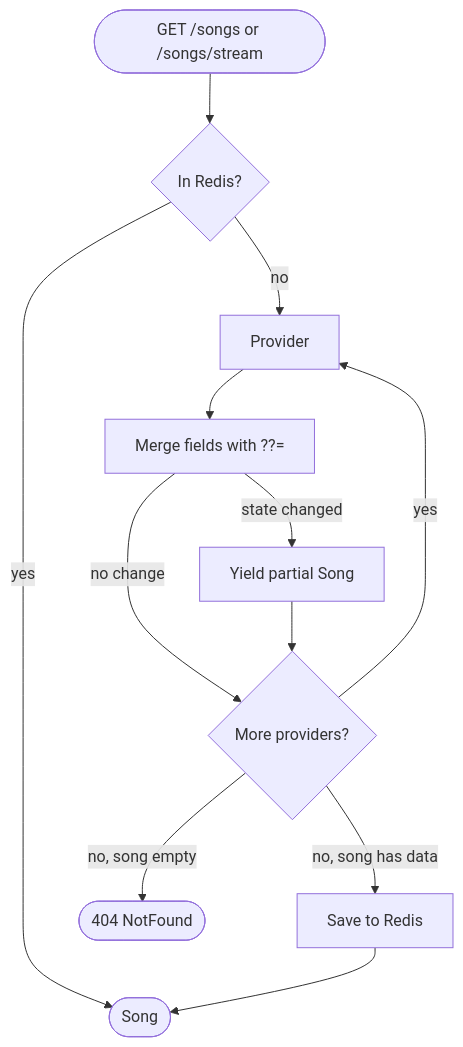
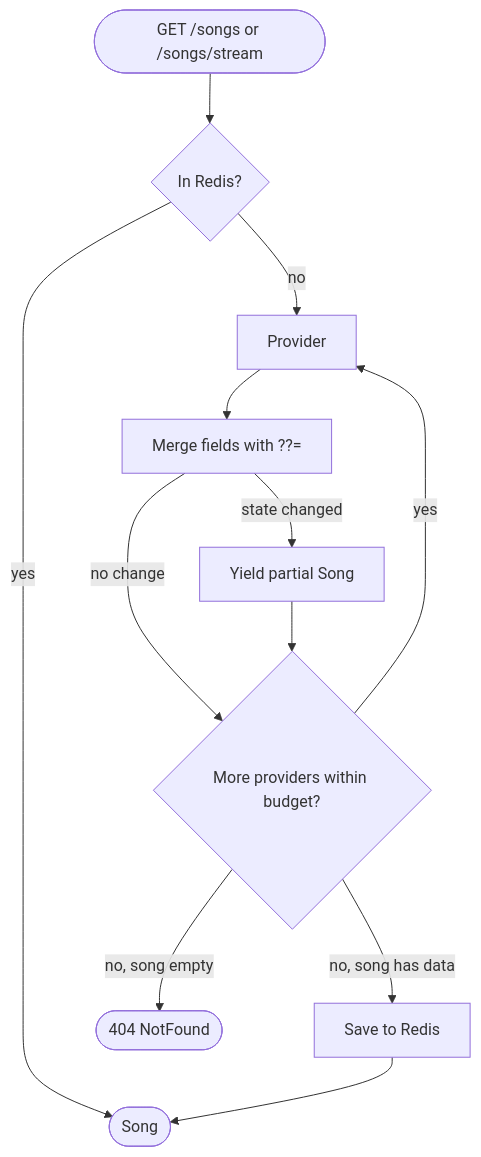
Before and after one commit to jonathanalarcon14/music-metadata-api: the first of 2 diagrams in README.md, drawn with Mermaid. The commit also changed other lines of this file and 4 other files, not shown here.

````diff
--- a/README.md
+++ b/README.md
@@ -294,14 +294,14 @@
 ```mermaid
 flowchart TD
     A([GET /songs or /songs/stream]) --> C{In Redis?}
     C -->|yes| S([Song])
     C -->|no| P[Provider]
     P --> M[Merge fields with ??=]
     M -->|state changed| Y[Yield partial Song]
     M -->|no change| D
-    Y --> D{More providers?}
+    Y --> D{More providers within budget?}
     D -->|yes| P
     D -->|no, song has data| R[Save to Redis]
     D -->|no, song empty| E([404 NotFound])
     R --> S
 ```
````
